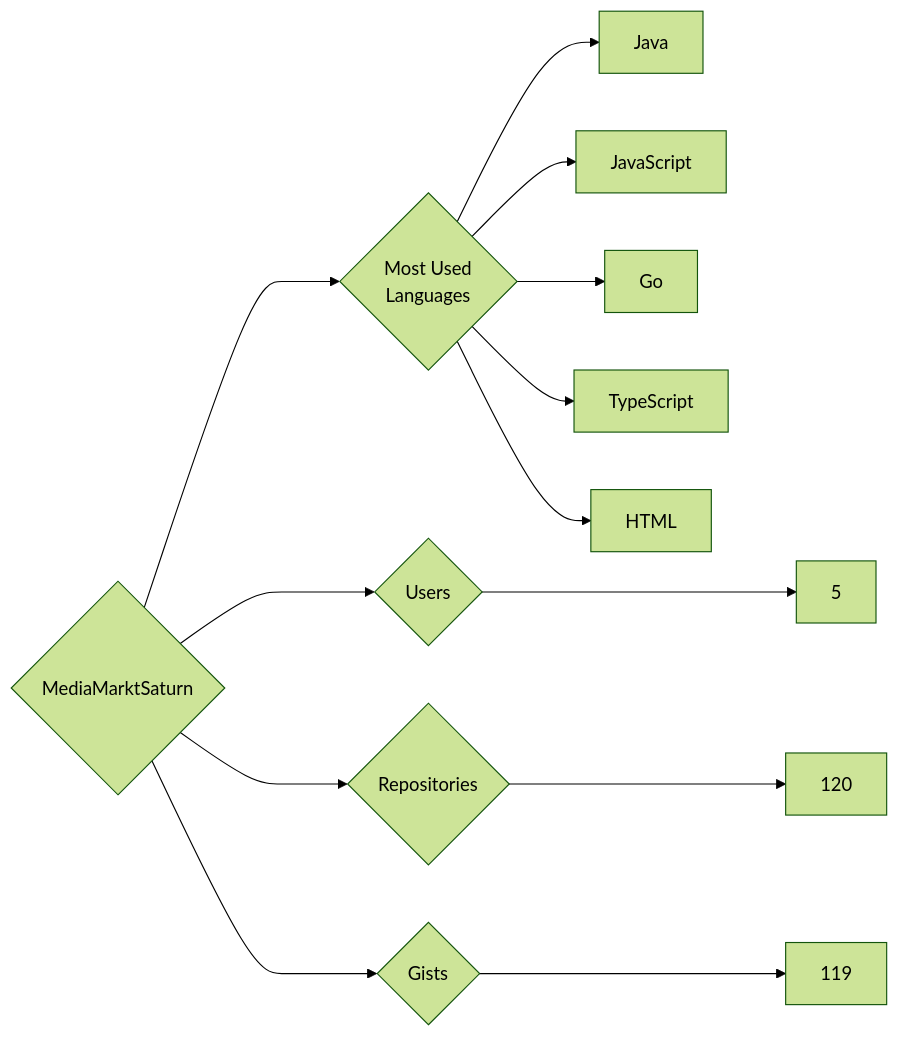
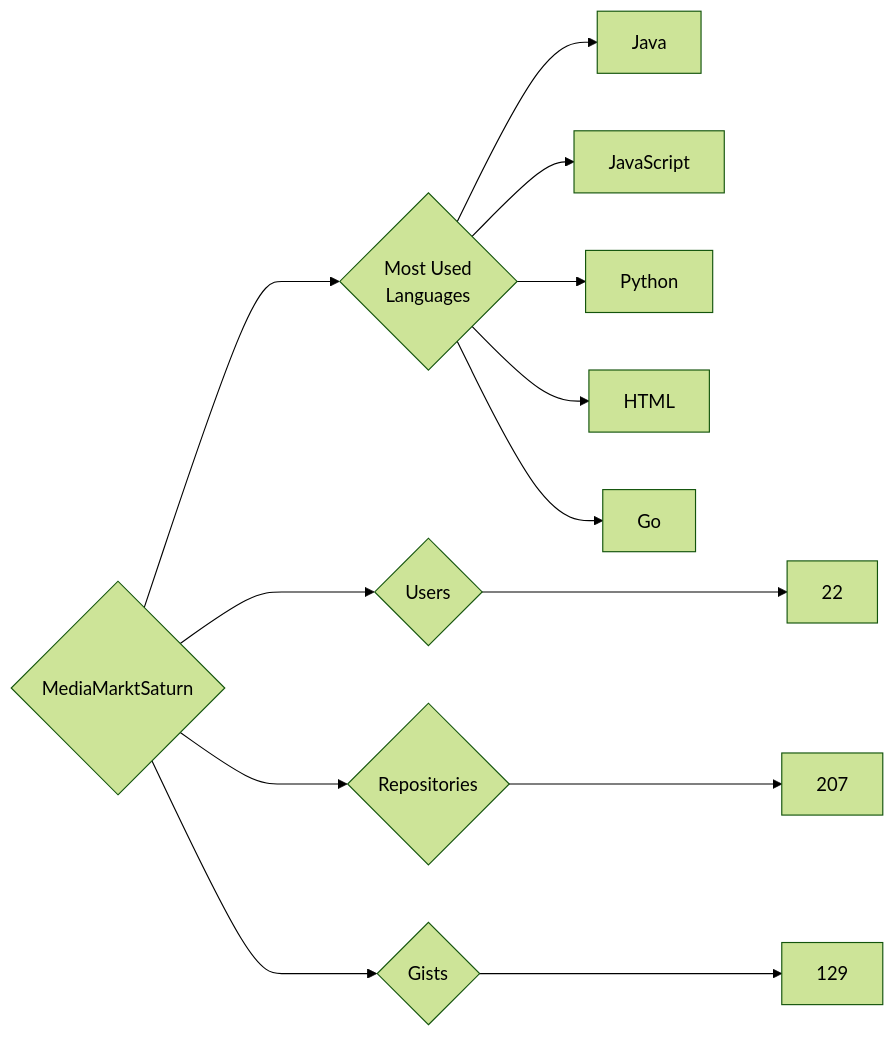
The diagram in targets/MediaMarktSaturn/README.md (trickest/insiders), drawn with Mermaid (forest theme) before and after one commit. The commit also changed 835 other files, not shown here.

````diff
--- a/targets/MediaMarktSaturn/README.md
+++ b/targets/MediaMarktSaturn/README.md
@@ -3,13 +3,13 @@
 ```mermaid
 graph LR
 COMPANY_NAME{MediaMarktSaturn}
-COMPANY_NAME ---> U{Users} ---> UN[5]
-COMPANY_NAME ---> R{Repositories} ---> RN[120]
-COMPANY_NAME ---> G{Gists} ---> GN[119]
+COMPANY_NAME ---> U{Users} ---> UN[22]
+COMPANY_NAME ---> R{Repositories} ---> RN[207]
+COMPANY_NAME ---> G{Gists} ---> GN[129]
 COMPANY_NAME ---> ML{Most Used<br>Languages}
 ML --> Java[Java]
 ML --> JavaScript[JavaScript]
+ML --> Python[Python]
+ML --> HTML[HTML]
 ML --> Go[Go]
-ML --> TypeScript[TypeScript]
-ML --> HTML[HTML]
 ```
````
